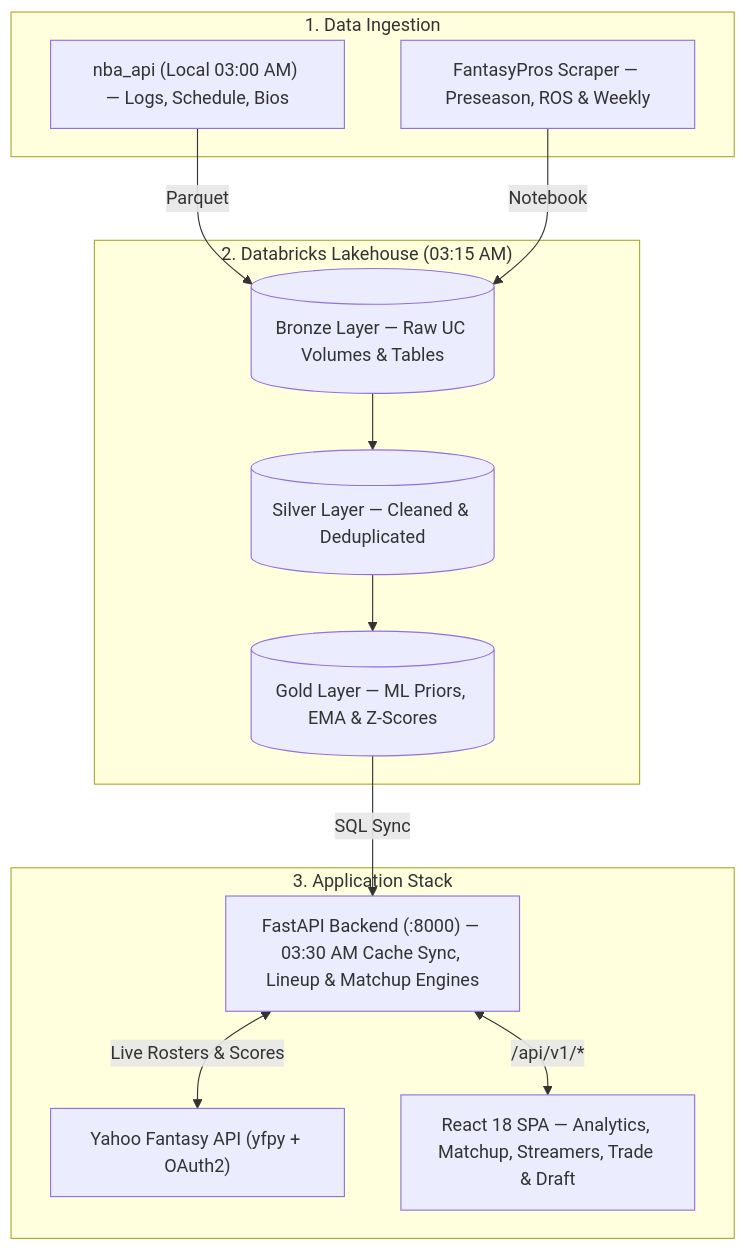
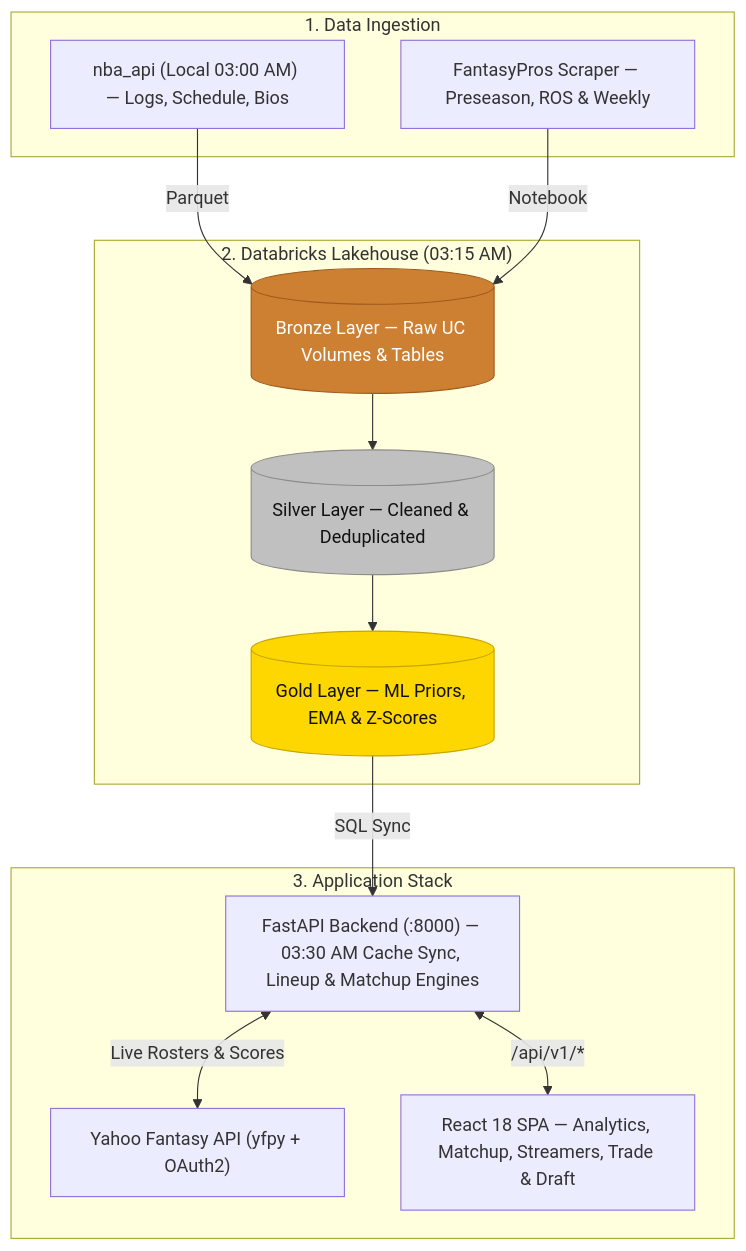
One commit to chenalan02/9Cat-Hoops-Analyzer changed the diagram in README.md. Above: the diagram before and after it, drawn with Mermaid.

Commit message:
fix system architecture diagram

````diff
--- a/README.md
+++ b/README.md
@@ -14,26 +14,30 @@
 ```mermaid
 flowchart TD
     subgraph Sources["1. Data Ingestion"]
         NBA["nba_api (Local 03:00 AM) — Logs, Schedule, Bios"]
         FP["FantasyPros Scraper — Preseason, ROS & Weekly"]
     end
 
     subgraph Databricks["2. Databricks Lakehouse (03:15 AM)"]
         Bronze[("Bronze Layer — Raw UC Volumes & Tables")]
         Silver[("Silver Layer — Cleaned & Deduplicated")]
         Gold[("Gold Layer — ML Priors, EMA & Z-Scores")]
         Bronze --> Silver --> Gold
     end
 
     subgraph App["3. Application Stack"]
         Backend["FastAPI Backend (:8000) — 03:30 AM Cache Sync, Lineup & Matchup Engines"]
         Yahoo["Yahoo Fantasy API (yfpy + OAuth2)"]
         Frontend["React 18 SPA — Analytics, Matchup, Streamers, Trade & Draft"]
         Backend <-->|"Live Rosters & Scores"| Yahoo
         Backend <-->|"/api/v1/*"| Frontend
     end
 
     NBA -->|"Parquet"| Bronze
     FP -->|"Notebook"| Bronze
     Gold -->|"SQL Sync"| Backend
+
+    style Bronze fill:#cd7f32,stroke:#a05a1c,color:#ffffff
+    style Silver fill:#c0c0c0,stroke:#8c8c8c,color:#111111
+    style Gold fill:#ffd700,stroke:#c5a600,color:#111111
 ```
````
